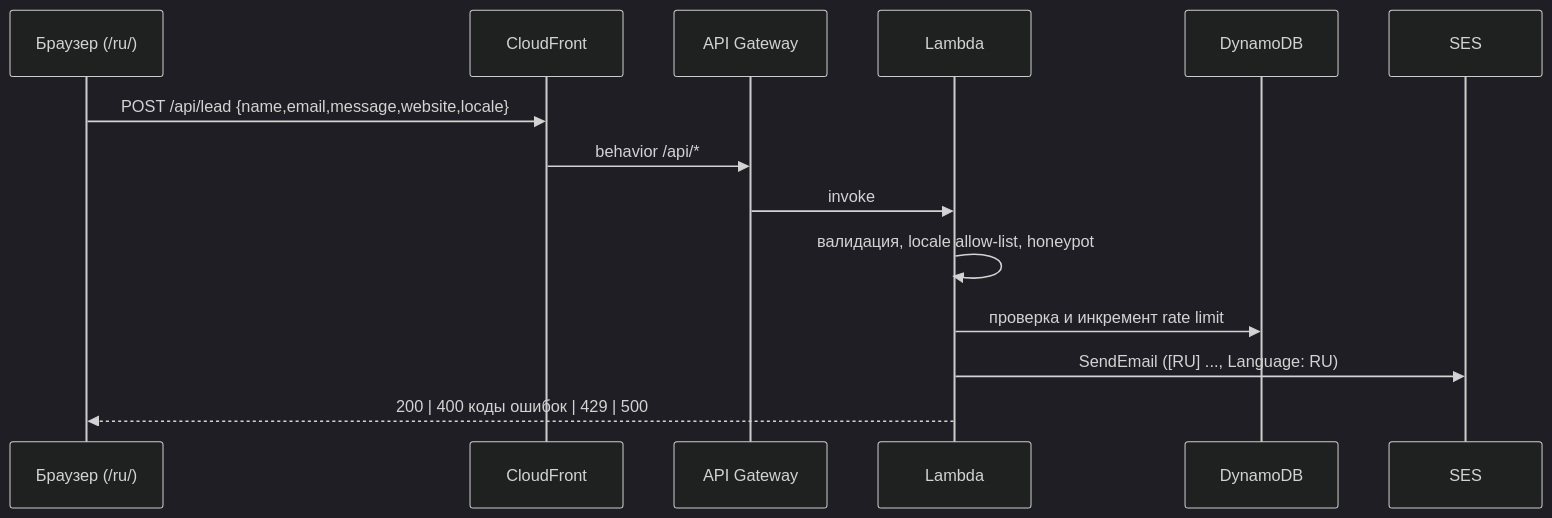
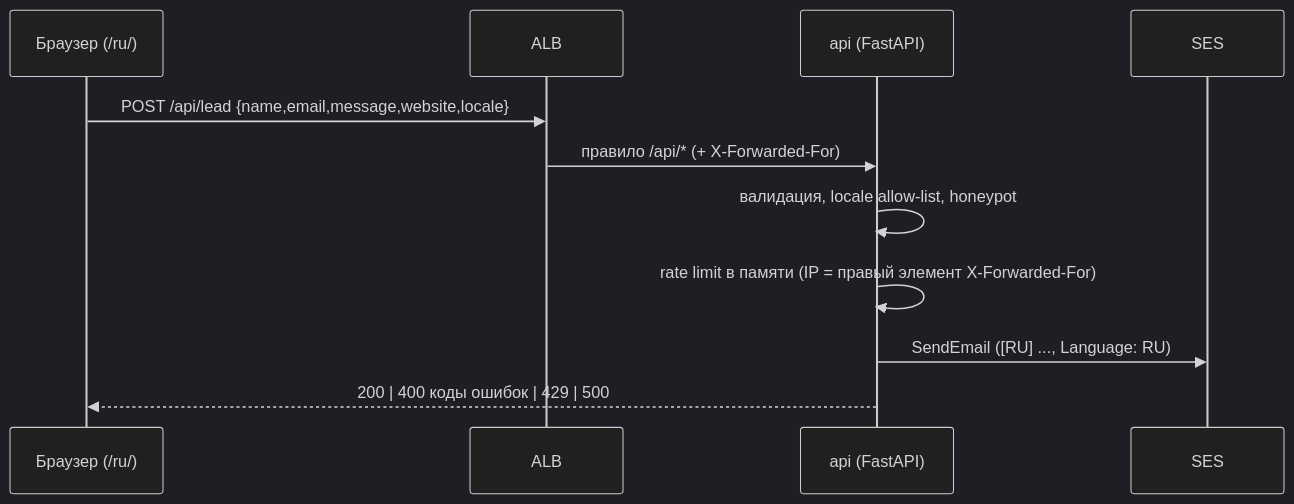
Before and after one commit to emustapaev/test1: the third of 4 diagrams in docs/architecture.md, drawn with Mermaid (dark theme). The commit also changed other lines of this file and 5 other files, not shown here.

First line of the commit message:
Архитектура v4: ADR по ECS Fargate и деплою платформы, обновление architecture.md и OpenAPI (#109)

````diff
--- a/docs/architecture.md
+++ b/docs/architecture.md
@@ -76,16 +77,13 @@
 ```mermaid
 sequenceDiagram
     participant B as Браузер (/ru/)
-    participant CF as CloudFront
-    participant G as API Gateway
-    participant L as Lambda
-    participant D as DynamoDB
+    participant A as ALB
+    participant P as api (FastAPI)
     participant S as SES
-    B->>CF: POST /api/lead {name,email,message,website,locale}
-    CF->>G: behavior /api/*
-    G->>L: invoke
-    L->>L: валидация, locale allow-list, honeypot
-    L->>D: проверка и инкремент rate limit
-    L->>S: SendEmail ([RU] ..., Language: RU)
-    L-->>B: 200 | 400 коды ошибок | 429 | 500
+    B->>A: POST /api/lead {name,email,message,website,locale}
+    A->>P: правило /api/* (+ X-Forwarded-For)
+    P->>P: валидация, locale allow-list, honeypot
+    P->>P: rate limit в памяти (IP = правый элемент X-Forwarded-For)
+    P->>S: SendEmail ([RU] ..., Language: RU)
+    P-->>B: 200 | 400 коды ошибок | 429 | 500
 ```
````
